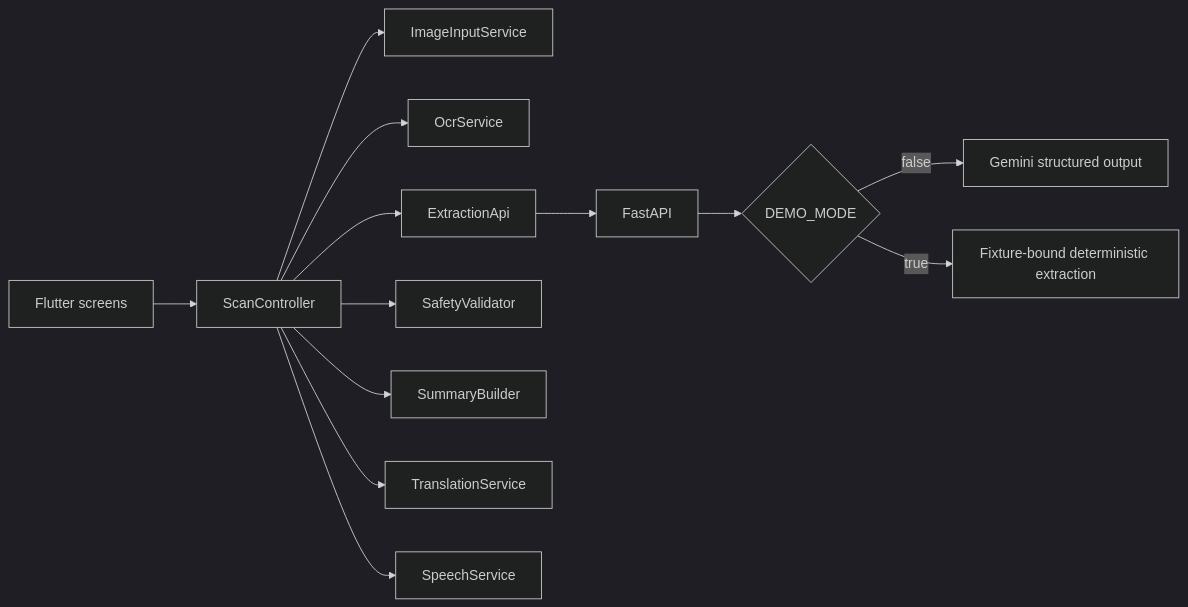
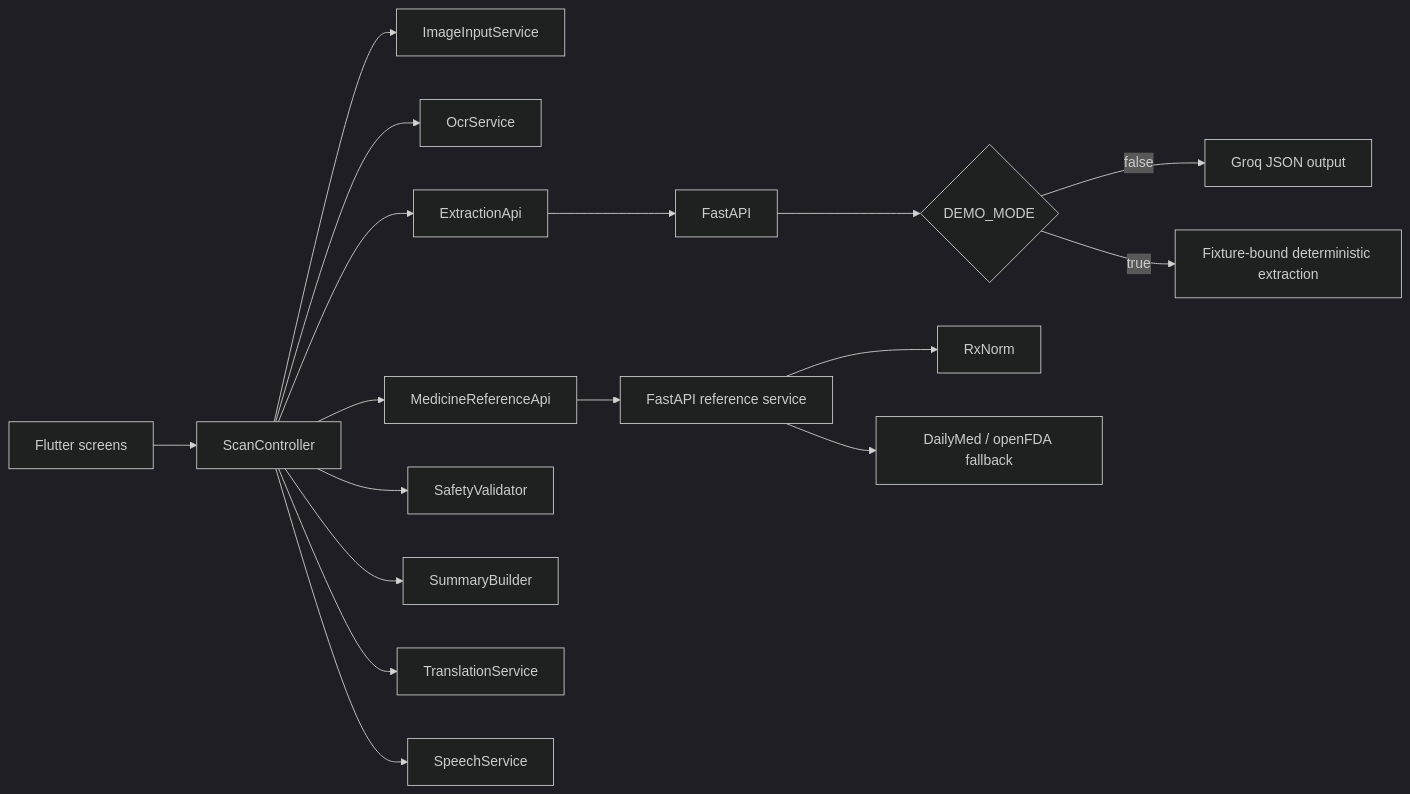
One commit to hemsagarthakur/MediVoice changed the diagram in docs/ARCHITECTURE.md. Above: the diagram before and after it, drawn with Mermaid (dark theme). The commit also changed other lines of this file and 57 other files, not shown here.

````diff
--- a/docs/ARCHITECTURE.md
+++ b/docs/ARCHITECTURE.md
@@ -5,15 +5,19 @@
 ```mermaid
 flowchart LR
   UI[Flutter screens] --> SC[ScanController]
   SC --> IMG[ImageInputService]
   SC --> OCR[OcrService]
   SC --> API[ExtractionApi]
+  SC --> REFAPI[MedicineReferenceApi]
   API --> BE[FastAPI]
   BE --> MODE{DEMO_MODE}
-  MODE -->|false| GEM[Gemini structured output]
+  MODE -->|false| GROQ[Groq JSON output]
   MODE -->|true| MOCK[Fixture-bound deterministic extraction]
+  REFAPI --> REF[FastAPI reference service]
+  REF --> RX[RxNorm]
+  REF --> DM[DailyMed / openFDA fallback]
   SC --> SAFE[SafetyValidator]
   SC --> SUM[SummaryBuilder]
   SC --> TR[TranslationService]
   SC --> TTS[SpeechService]
 ```
````
